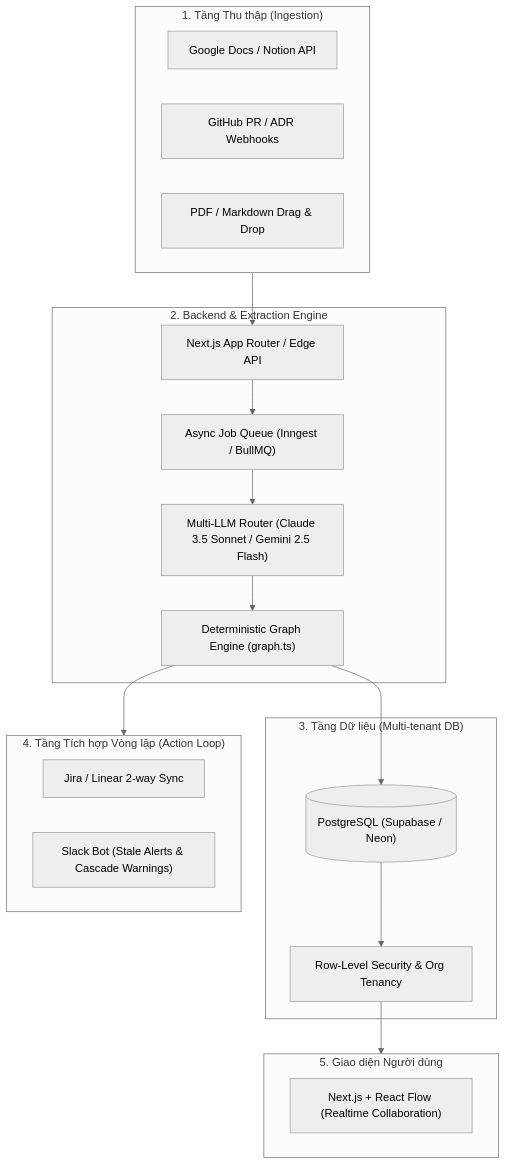
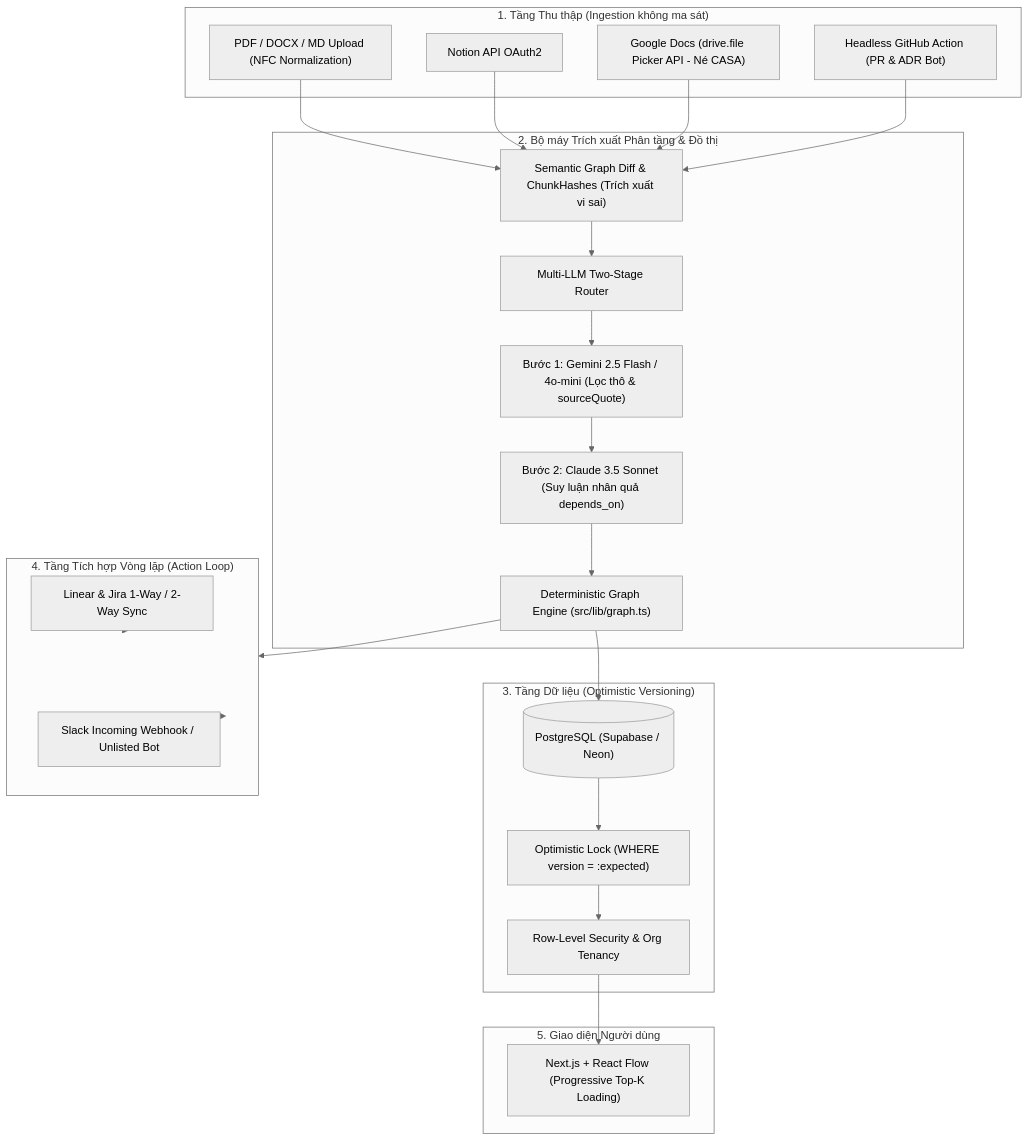
One commit to gk182/assumption-debt changed the diagram in PLAN.md. Above: the diagram before and after it, drawn with Mermaid (neutral theme). The commit also changed other lines of this file and 2 other files, not shown here.

Commit message:
docs(audit): integrate comprehensive Red Team Audit and calibrate B2B SaaS roadmap

````diff
--- a/PLAN.md
+++ b/PLAN.md
@@ -185,38 +182,48 @@
 ```mermaid
 flowchart TD
-    subgraph Ingestion["1. Tầng Thu thập (Ingestion)"]
-        GDocs["Google Docs / Notion API"]
-        GH["GitHub PR / ADR Webhooks"]
-        FFile["PDF / Markdown Drag & Drop"]
+    subgraph Ingestion["1. Tầng Thu thập (Ingestion không ma sát)"]
+        GHAction["Headless GitHub Action (PR & ADR Bot)"]
+        GDocs["Google Docs (drive.file Picker API - Né CASA)"]
+        Notion["Notion API OAuth2"]
+        Files["PDF / DOCX / MD Upload (NFC Normalization)"]
     end
 
-    subgraph CoreEngine["2. Backend & Extraction Engine"]
-        API["Next.js App Router / Edge API"]
-        Queue["Async Job Queue (Inngest / BullMQ)"]
-        LLM["Multi-LLM Router (Claude 3.5 Sonnet / Gemini 2.5 Flash)"]
-        GraphCore["Deterministic Graph Engine (graph.ts)"]
+    subgraph CoreEngine["2. Bộ máy Trích xuất Phân tầng & Đồ thị"]
+        Router["Multi-LLM Two-Stage Router"]
+        Stage1["Bước 1: Gemini 2.5 Flash / 4o-mini (Lọc thô & sourceQuote)"]
+        Stage2["Bước 2: Claude 3.5 Sonnet (Suy luận nhân quả depends_on)"]
+        DiffEngine["Semantic Graph Diff & ChunkHashes (Trích xuất vi sai)"]
+        GraphCore["Deterministic Graph Engine (src/lib/graph.ts)"]
     end
 
-    subgraph Storage["3. Tầng Dữ liệu (Multi-tenant DB)"]
+    subgraph Storage["3. Tầng Dữ liệu (Optimistic Versioning)"]
         PG[("PostgreSQL (Supabase / Neon)")]
-        Rbac["Row-Level Security & Org Tenancy"]
+        VersionCtrl["Optimistic Lock (WHERE version = :expected)"]
+        TenantRLS["Row-Level Security & Org Tenancy"]
     end
 
     subgraph Sync["4. Tầng Tích hợp Vòng lặp (Action Loop)"]
-        Jira["Jira / Linear 2-way Sync"]
-        Slack["Slack Bot (Stale Alerts & Cascade Warnings)"]
+        LinearJira["Linear & Jira 1-Way / 2-Way Sync"]
+        Slack["Slack Incoming Webhook / Unlisted Bot"]
     end
 
     subgraph UI["5. Giao diện Người dùng"]
-        Web["Next.js + React Flow (Realtime Collaboration)"]
+        Web["Next.js + React Flow (Progressive Top-K Loading)"]
     end
 
-    Ingestion --> API
-    API --> Queue
-    Queue --> LLM
-    LLM --> GraphCore
+    GHAction --> DiffEngine
+    GDocs --> DiffEngine
+    Notion --> DiffEngine
+    Files --> DiffEngine
+    DiffEngine --> Router
+    Router --> Stage1
+    Stage1 --> Stage2
+    Stage2 --> GraphCore
     GraphCore --> PG
-    PG --> Rbac
-    Rbac --> UI
+    PG --> VersionCtrl
+    VersionCtrl --> TenantRLS
+    TenantRLS --> Web
     GraphCore --> Sync
+    LinearJira --> Sync
+    Slack --> Sync
 ```
````
